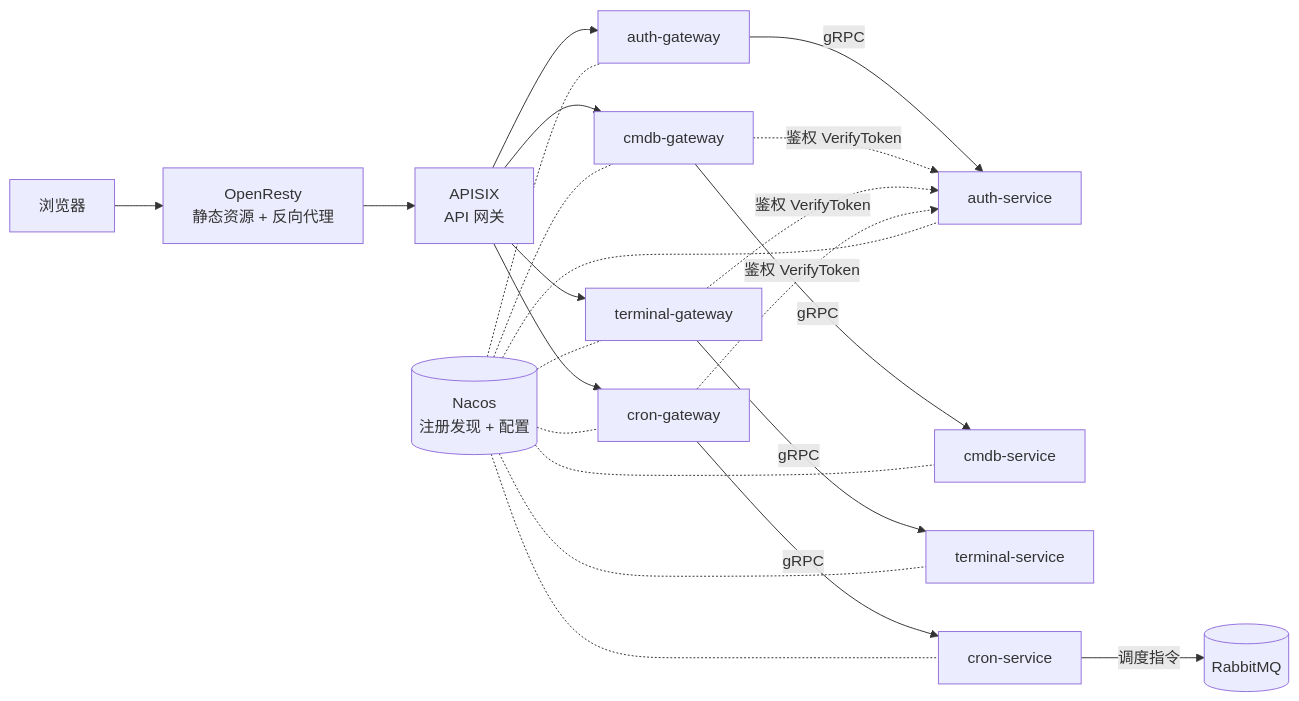
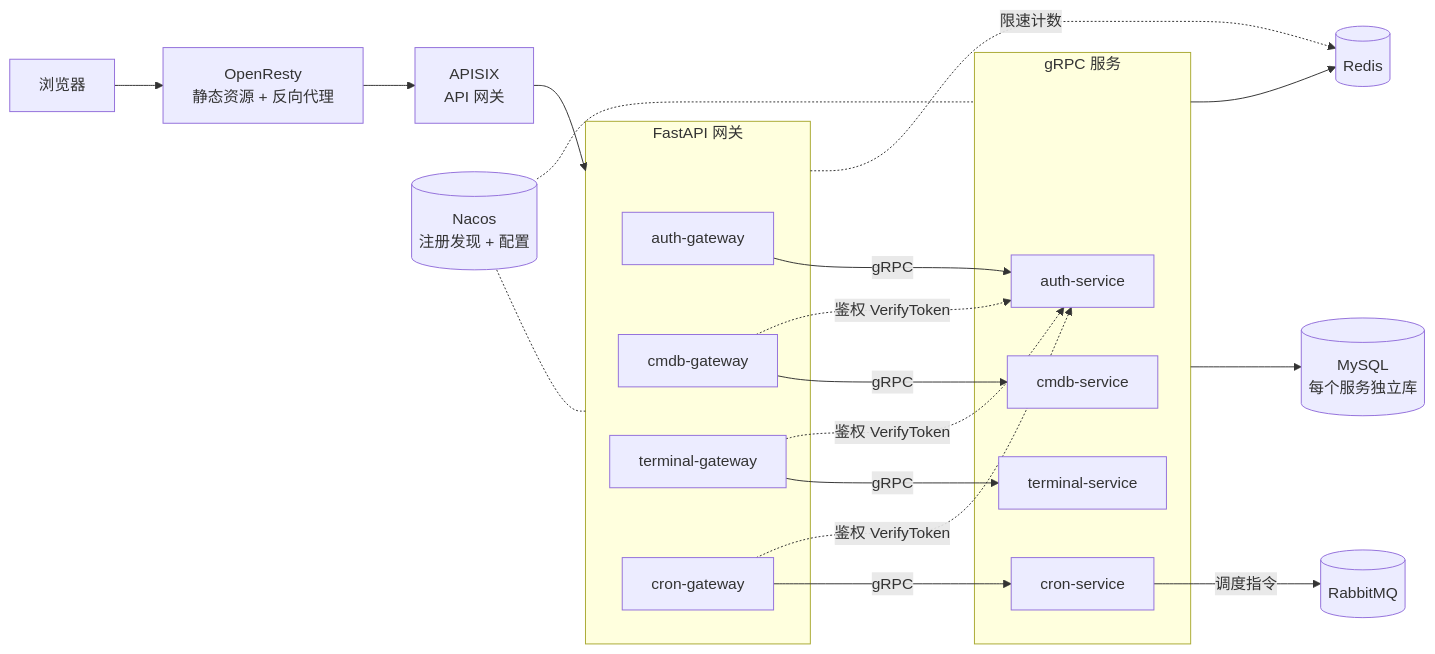
The diagram in profile/README.md (op-devops/.github), drawn with Mermaid before and after one commit. The commit also changed other lines of this file, not shown here.

Commit message:
docs: 完善组织首页介绍

````diff
--- a/profile/README.md
+++ b/profile/README.md
@@ -19,16 +19,33 @@
 ```mermaid
 flowchart LR
     B[浏览器] --> O[OpenResty<br/>静态资源 + 反向代理]
     O --> A[APISIX<br/>API 网关]
-    A --> AG[auth-gateway]
-    A --> CG[cmdb-gateway]
-    A --> TG[terminal-gateway]
-    A --> RG[cron-gateway]
-    AG -- gRPC --> AS[auth-service]
-    CG -- gRPC --> CS[cmdb-service]
-    TG -- gRPC --> TS[terminal-service]
-    RG -- gRPC --> RS[cron-service]
+
+    subgraph GW[FastAPI 网关]
+        AG[auth-gateway]
+        CG[cmdb-gateway]
+        TG[terminal-gateway]
+        RG[cron-gateway]
+    end
+
+    subgraph SVC[gRPC 服务]
+        AS[auth-service]
+        CS[cmdb-service]
+        TS[terminal-service]
+        RS[cron-service]
+    end
+
+    A --> GW
+    AG -- gRPC --> AS
+    CG -- gRPC --> CS
+    TG -- gRPC --> TS
+    RG -- gRPC --> RS
     CG & TG & RG -. 鉴权 VerifyToken .-> AS
+
+    SVC --> DB[(MySQL<br/>每个服务独立库)]
+    SVC --> R[(Redis)]
+    GW -. 限速计数 .-> R
     RS -- 调度指令 --> MQ[(RabbitMQ)]
-    N[(Nacos<br/>注册发现 + 配置)] -.- AG & CG & TG & RG & AS & CS & TS & RS
+
+    N[(Nacos<br/>注册发现 + 配置)] -.- GW & SVC
 ```
````
